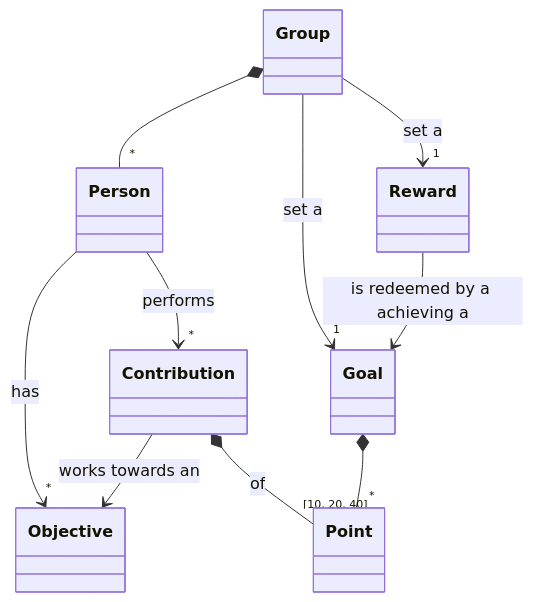
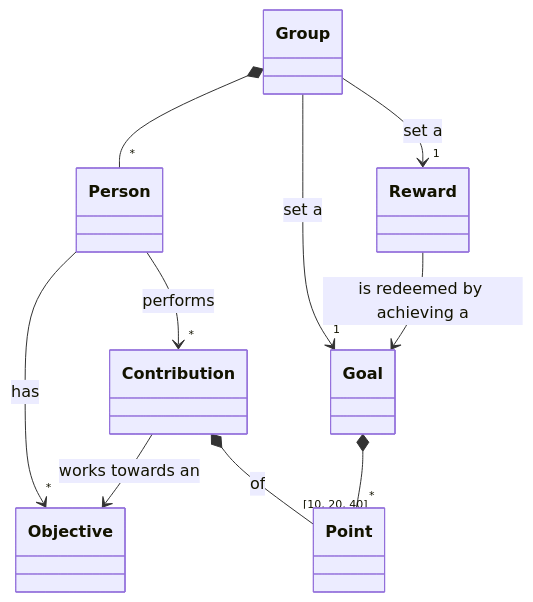
The diagram in README.md (Xiphereal/Points), drawn with Mermaid before and after one commit.

Commit message:
docs: fix typo

````diff
--- a/README.md
+++ b/README.md
@@ -7,22 +7,22 @@
 ```mermaid
 classDiagram
     class Group
     class Person
     Group *-- "*" Person
 
     class Objective
     class Contribution
     Person --> "*" Objective : has
     Person --> "*" Contribution : performs
 
     class Point
     Contribution --> Objective : works towards an
     Contribution *-- "[10, 20, 40]" Point : of
     
     class Reward
     class Goal
     Group --> "1" Reward : set a
     Group --> "1" Goal : set a
-    Reward --> Goal : is redeemed by a achieving a
+    Reward --> Goal : is redeemed by achieving a
     Goal *-- "*" Point
 ```
````
